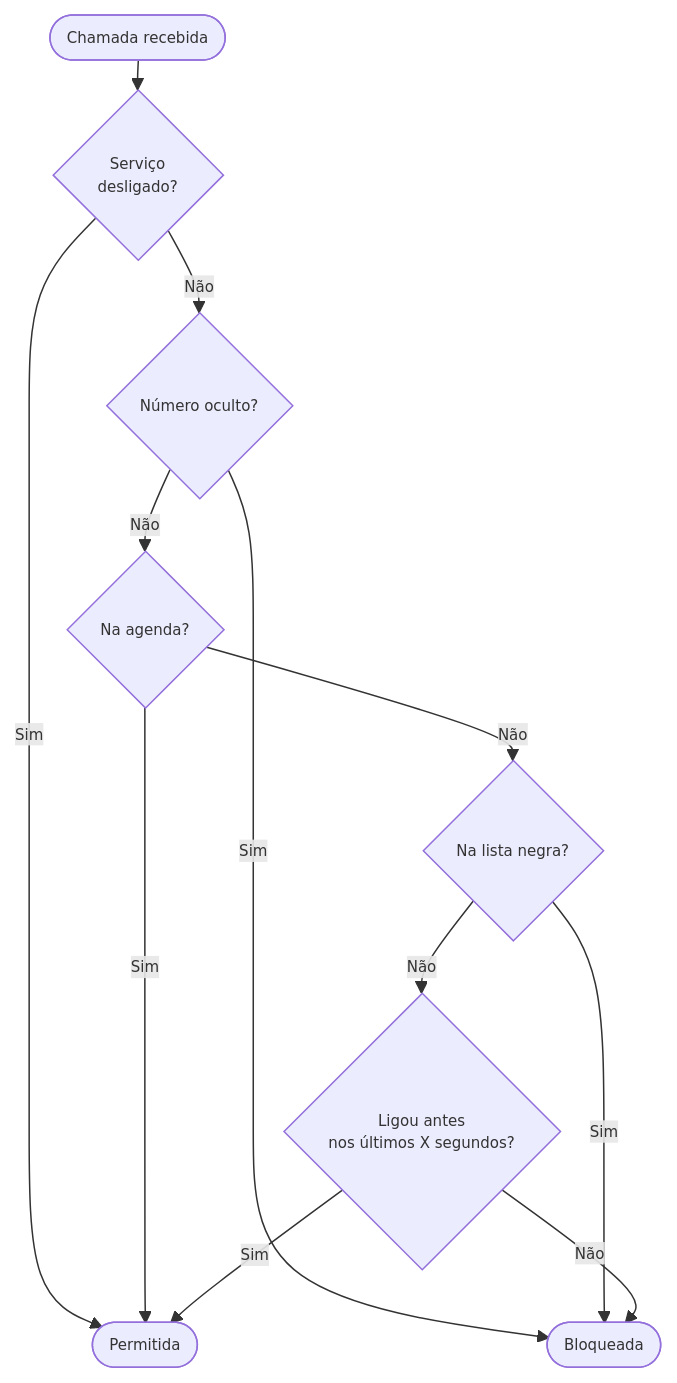
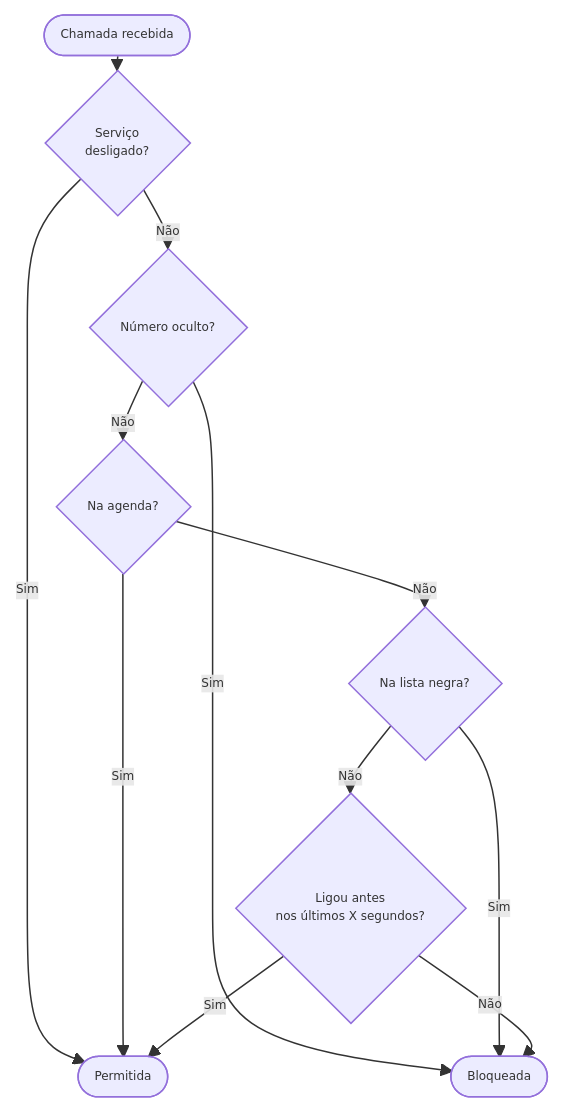
One commit to acdcmaia/call-guard changed the diagram in README.md. Above: the diagram before and after it, drawn with Mermaid.

Commit message:
docs: minimize flowchart spacing and font size

````diff
--- a/README.md
+++ b/README.md
@@ -7,15 +7,15 @@
 ```mermaid
-%%{init: {'flowchart': {'nodeSpacing': 20, 'rankSpacing': 20}, 'themeVariables': {'fontSize': '10px'}}}%%
+%%{init: {'flowchart': {'nodeSpacing': 10, 'rankSpacing': 10}, 'themeVariables': {'fontSize': '8px'}}}%%
 flowchart TD
     A([Chamada recebida]) --> OFF{Serviço\ndesligado?}
     OFF -- Sim --> E([Permitida])
     OFF -- Não --> P{Número oculto?}
     P -- Sim --> C([Bloqueada])
     P -- Não --> CK{Na agenda?}
     CK -- Sim --> E
     CK -- Não --> B{Na lista negra?}
     B -- Sim --> C
     B -- Não --> D{Ligou antes\nnos últimos X segundos?}
     D -- Não --> C
     D -- Sim --> E
 ```
````
